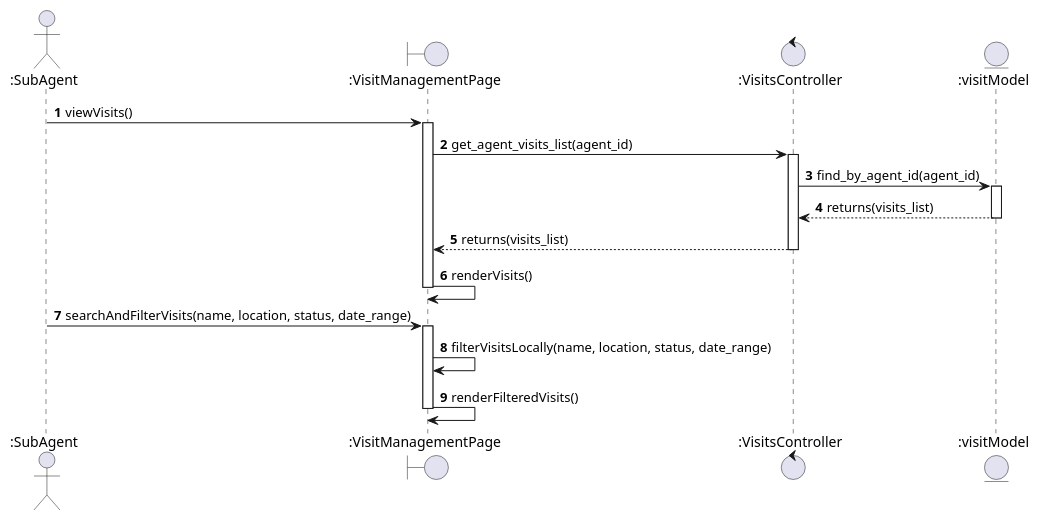
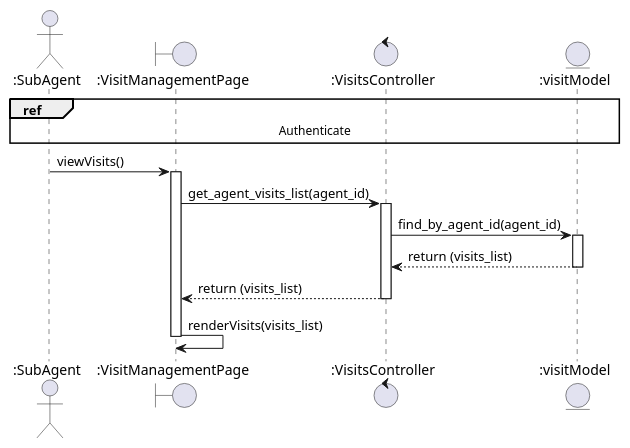
Before and after one commit to israhadjhassine/Graduation-Project-real-estate-automation: the diagram in docs/sequence_diagram_view_visits.puml, drawn with PlantUML. The commit also changed 100 other files, not shown here.

```diff
--- a/docs/sequence_diagram_view_visits.puml
+++ b/docs/sequence_diagram_view_visits.puml
@@ -1,31 +1,27 @@
 @startuml
-autonumber
 
 actor ":SubAgent" as SubAgent
 boundary ":VisitManagementPage" as VisitManagementPage
 control ":VisitsController" as VisitsController
 entity ":visitModel" as visitModel
+
+ref over SubAgent, VisitsController, visitModel: Authenticate
 
 SubAgent -> VisitManagementPage : viewVisits()
 activate VisitManagementPage
 
 VisitManagementPage -> VisitsController : get_agent_visits_list(agent_id)
 activate VisitsController
 
 VisitsController -> visitModel : find_by_agent_id(agent_id)
 activate visitModel
-visitModel --> VisitsController : returns(visits_list)
+visitModel --> VisitsController : return (visits_list)
 deactivate visitModel
 
-VisitsController --> VisitManagementPage : returns(visits_list)
+VisitsController --> VisitManagementPage : return (visits_list)
 deactivate VisitsController
 
-VisitManagementPage -> VisitManagementPage : renderVisits()
+VisitManagementPage -> VisitManagementPage : renderVisits(visits_list)
 deactivate VisitManagementPage
 
-SubAgent -> VisitManagementPage : searchAndFilterVisits(name, location, status, date_range)
-activate VisitManagementPage
-VisitManagementPage -> VisitManagementPage : filterVisitsLocally(name, location, status, date_range)
-VisitManagementPage -> VisitManagementPage : renderFilteredVisits()
-deactivate VisitManagementPage
 @enduml
```
